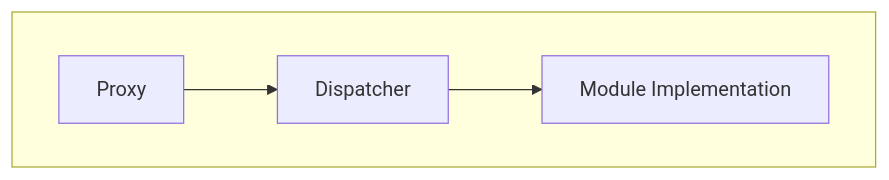
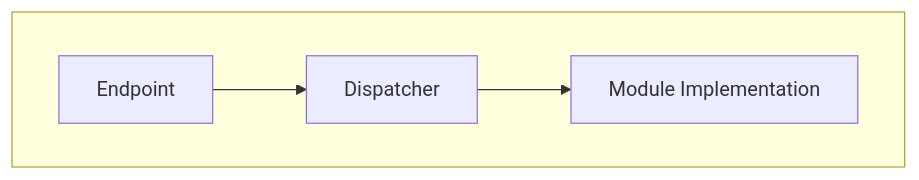
One commit to chromaxyz/reflex changed the first of 5 diagrams in docs/IMPLEMENTERS.md. Above: the diagram before and after it, drawn with Mermaid. The commit also changed other lines of this file and 41 other files, not shown here.

````diff
--- a/docs/IMPLEMENTERS.md
+++ b/docs/IMPLEMENTERS.md
@@ -36,7 +36,7 @@
 ```mermaid
 graph TD
-  subgraph SingleProxy [ ]
-  Proxy --> Dispatcher
+  subgraph SingleEndpoint [ ]
+  Endpoint --> Dispatcher
   Dispatcher --> Module["Module Implementation"]
   end
 ```
````
